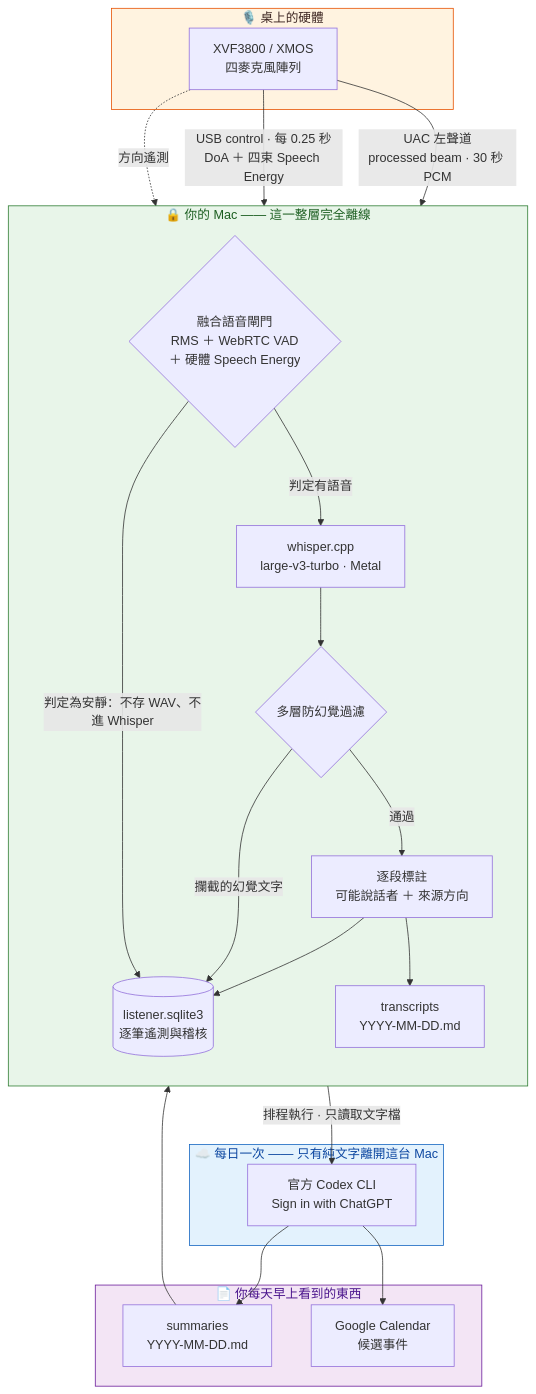
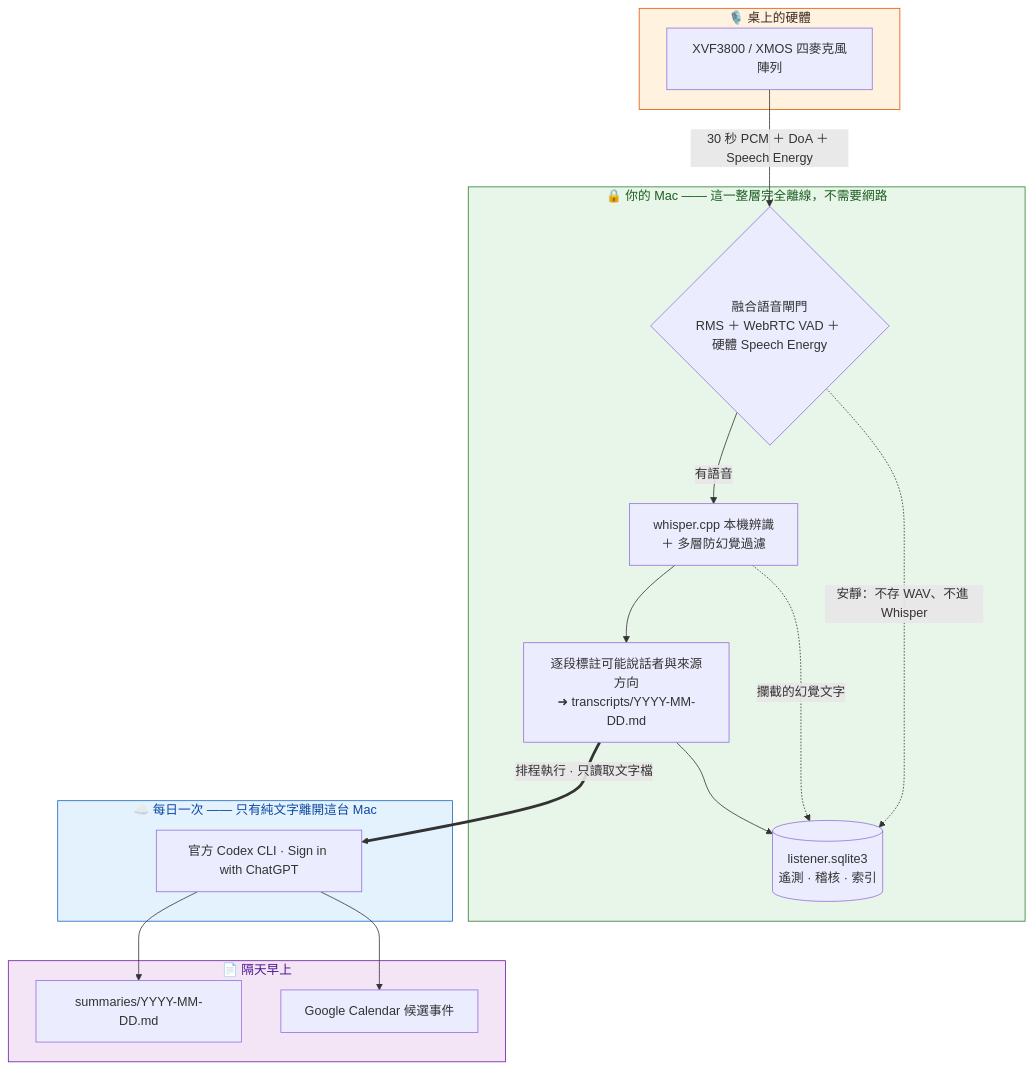
One commit to pcpcchen-coder/FamilyRecorder changed the diagram in README.md. Above: the diagram before and after it, drawn with Mermaid. The commit also changed 25 other files, not shown here.

````diff
--- a/README.md
+++ b/README.md
@@ -45,50 +45,38 @@
 ```mermaid
 flowchart TB
     subgraph HW["🎙️ 桌上的硬體"]
-        MIC["XVF3800 / XMOS<br/>四麥克風陣列"]
+        MIC["XVF3800 / XMOS 四麥克風陣列"]
     end
 
-    subgraph LOCAL["🔒 你的 Mac —— 這一整層完全離線"]
-        direction TB
-        GATE{"融合語音閘門<br/>RMS ＋ WebRTC VAD<br/>＋ 硬體 Speech Energy"}
-        WHISPER["whisper.cpp<br/>large-v3-turbo · Metal"]
-        FILTER{"多層防幻覺過濾"}
-        ENRICH["逐段標註<br/>可能說話者 ＋ 來源方向"]
-        MD["transcripts<br/>YYYY-MM-DD.md"]
-        DB[("listener.sqlite3<br/>逐筆遙測與稽核")]
+    subgraph LOCAL["🔒 你的 Mac —— 這一整層完全離線，不需要網路"]
+        GATE{"融合語音閘門<br/>RMS ＋ WebRTC VAD ＋ 硬體 Speech Energy"}
+        ASR["whisper.cpp 本機辨識<br/>＋ 多層防幻覺過濾"]
+        MD["逐段標註可能說話者與來源方向<br/>➜ transcripts/YYYY-MM-DD.md"]
+        DB[("listener.sqlite3<br/>遙測 · 稽核 · 索引")]
     end
 
     subgraph CLOUD["☁️ 每日一次 —— 只有純文字離開這台 Mac"]
-        CODEX["官方 Codex CLI<br/>Sign in with ChatGPT"]
+        CODEX["官方 Codex CLI · Sign in with ChatGPT"]
     end
 
-    subgraph OUT["📄 你每天早上看到的東西"]
-        SUM["summaries<br/>YYYY-MM-DD.md"]
-        CAL["Google Calendar<br/>候選事件"]
+    subgraph OUT["📄 隔天早上"]
+        SUM["summaries/YYYY-MM-DD.md"]
+        CAL["Google Calendar 候選事件"]
     end
 
-    MIC -->|"UAC 左聲道<br/>processed beam · 30 秒 PCM"| GATE
-    MIC -->|"USB control · 每 0.25 秒<br/>DoA ＋ 四束 Speech Energy"| GATE
-    MIC -.->|"方向遙測"| ENRICH
-
-    GATE -->|"判定為安靜：不存 WAV、不進 Whisper"| DB
-    GATE -->|"判定有語音"| WHISPER
-    WHISPER --> FILTER
-    FILTER -->|"攔截的幻覺文字"| DB
-    FILTER -->|"通過"| ENRICH
-    ENRICH --> MD
-    ENRICH --> DB
-    MD -->|"排程執行 · 只讀取文字檔"| CODEX
-    CODEX --> SUM
-    CODEX --> CAL
-    SUM --> DB
+    MIC -->|"30 秒 PCM ＋ DoA ＋ Speech Energy"| GATE
+    GATE -->|"有語音"| ASR --> MD
+    GATE -.->|"安靜：不存 WAV、不進 Whisper"| DB
+    ASR -.->|"攔截的幻覺文字"| DB
+    MD --> DB
+    MD ==>|"排程執行 · 只讀取文字檔"| CODEX --> SUM & CAL
 
     classDef hw fill:#fff3e0,stroke:#e65100,color:#3e2723
     classDef local fill:#e8f5e9,stroke:#2e7d32,color:#1b5e20
     classDef cloud fill:#e3f2fd,stroke:#1565c0,color:#0d47a1
     classDef out fill:#f3e5f5,stroke:#6a1b9a,color:#4a148c
     class HW hw
     class LOCAL local
     class CLOUD cloud
     class OUT out
 ```
````
